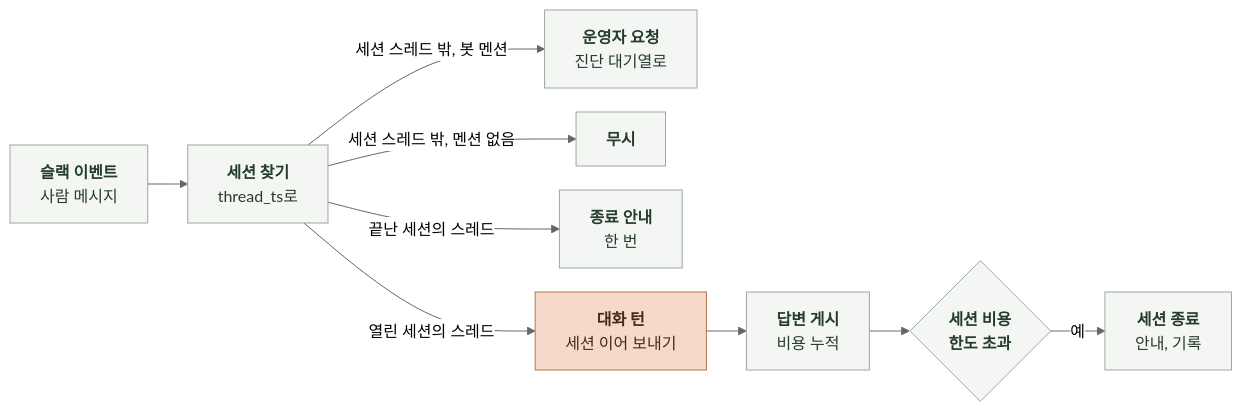
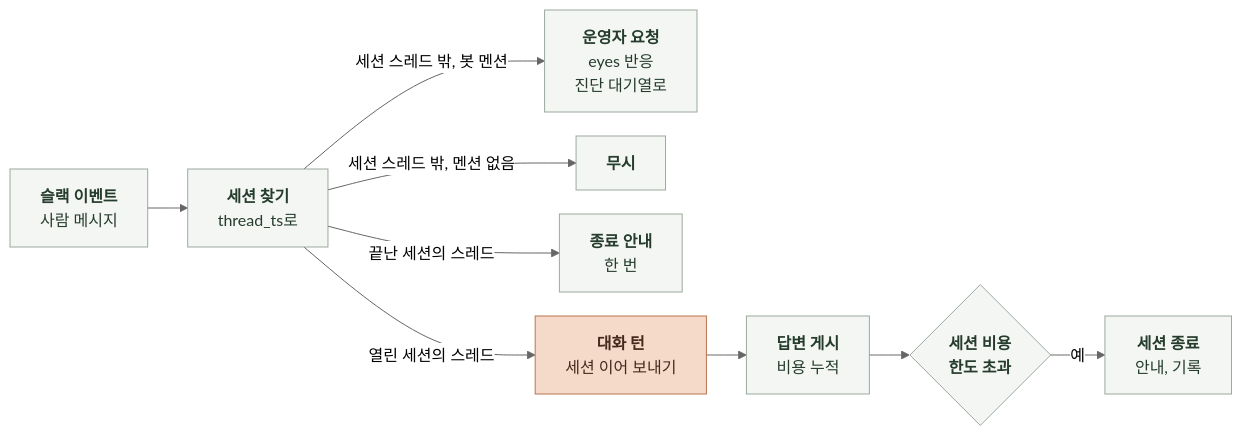
One commit to KIM-N-KANG/knk-harness changed the second of 2 diagrams in docs/domain/OBSERVABILITY/AI/6-2-SOFTWARE-IMPLEMENTATION.md. Above: the diagram before and after it, drawn with Mermaid (neutral theme). The commit also changed other lines of this file and 4 other files, not shown here.

````diff
--- a/docs/domain/OBSERVABILITY/AI/6-2-SOFTWARE-IMPLEMENTATION.md
+++ b/docs/domain/OBSERVABILITY/AI/6-2-SOFTWARE-IMPLEMENTATION.md
@@ -125,24 +125,25 @@
 ```mermaid
 %%{init: {"flowchart": {"curve": "basis", "nodeSpacing": 24, "rankSpacing": 40}}}%%
 flowchart LR
     E["`**슬랙 이벤트**
 사람 메시지`"] --> F["`**세션 찾기**
 thread_ts로`"]
     F -->|"`세션 스레드 밖, 봇 멘션`"| MR["`**운영자 요청**
+eyes 반응
 진단 대기열로`"]
     F -->|"`세션 스레드 밖, 멘션 없음`"| IG["`**무시**`"]
     F -->|"`끝난 세션의 스레드`"| NO["`**종료 안내**
 한 번`"]
     F -->|"`열린 세션의 스레드`"| T["`**대화 턴**
 세션 이어 보내기`"]
     T --> PO["`**답변 게시**
 비용 누적`"]
     PO --> BU{"`**세션 비용
 한도 초과**`"}
     BU -->|"`예`"| CL["`**세션 종료**
 안내, 기록`"]
     classDef model fill:#F5D9C9,stroke:#B97450,color:#452B1D
     classDef code fill:#F4F6F4,stroke:#9BA99E,color:#253C2C
     class T model
     class E,F,MR,IG,NO,PO,BU,CL code
 ```
````
